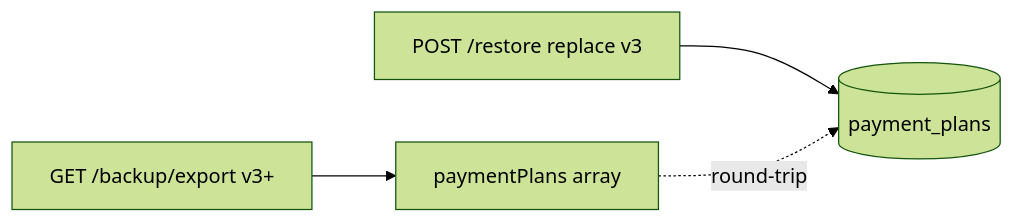
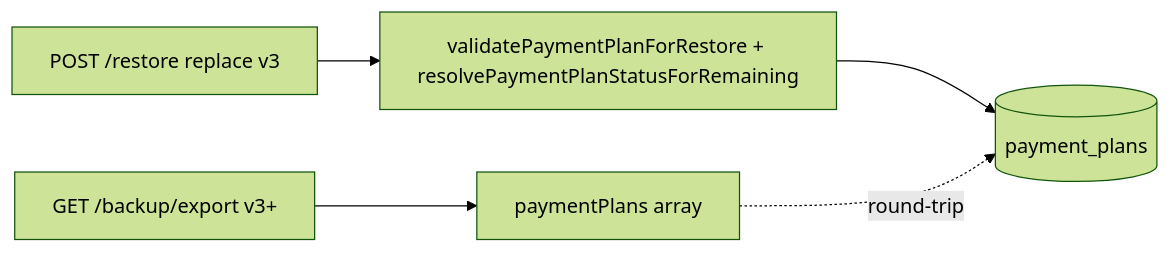
One commit to becomeonewiththecode/expense_tracker changed the fourth of 4 diagrams in docs/PAYMENT_PLANS.md. Above: the diagram before and after it, drawn with Mermaid (forest theme). The commit also changed other lines of this file and 23 other files, not shown here.

First line of the commit message:
feat: payment plan paid-in-full, modal list editing, docs

````diff
--- a/docs/PAYMENT_PLANS.md
+++ b/docs/PAYMENT_PLANS.md
@@ -59,6 +85,8 @@
 ```mermaid
 flowchart LR
   EXP["GET /backup/export v3+"] --> ARR["paymentPlans array"]
-  RST["POST /restore replace v3"] --> PG[(payment_plans)]
+  RST["POST /restore replace v3"]
+  VAL["validatePaymentPlanForRestore + resolvePaymentPlanStatusForRemaining"]
+  RST --> VAL --> PG[(payment_plans)]
   ARR -.->|round-trip| PG
 ```
````
